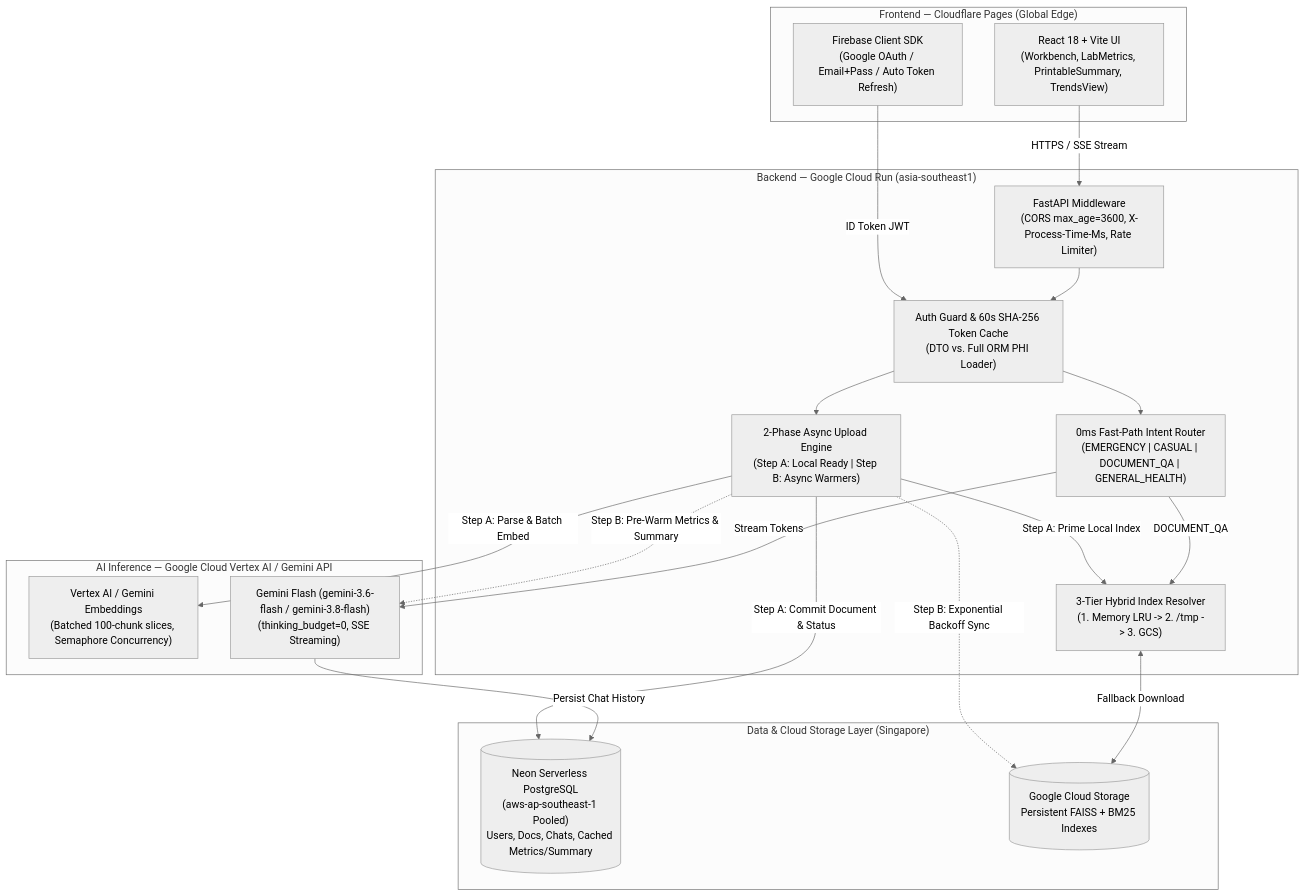
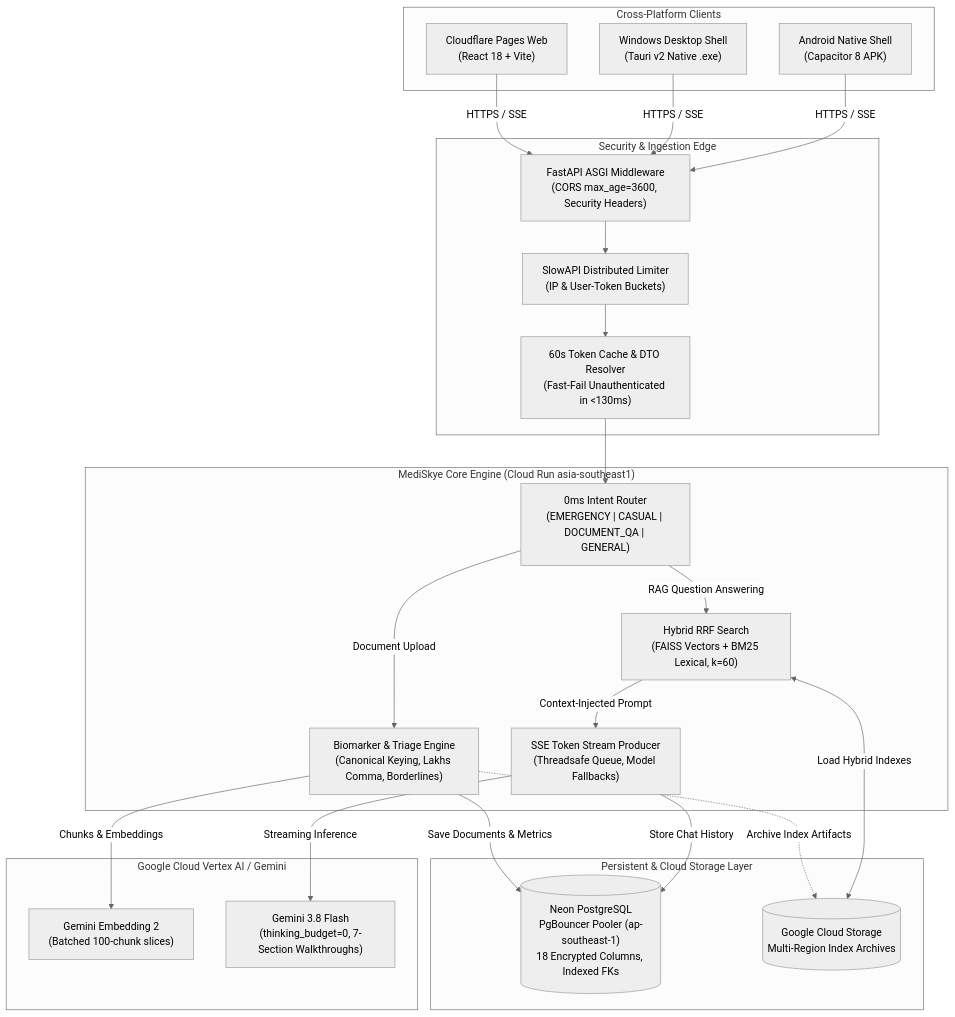
The diagram in README.md (AdityaSharma2k04/MediSkye), drawn with Mermaid (neutral theme) before and after one commit. The commit also changed other lines of this file and 8 other files, not shown here.

````diff
--- a/README.md
+++ b/README.md
@@ -50,40 +86,44 @@
 ```mermaid
 flowchart TB
-    subgraph Client["Frontend — Cloudflare Pages (Global Edge)"]
-        UI["React 18 + Vite UI<br/>(Workbench, LabMetrics, PrintableSummary, TrendsView)"]
-        FB_SDK["Firebase Client SDK<br/>(Google OAuth / Email+Pass / Auto Token Refresh)"]
+    subgraph Clients["Cross-Platform Clients"]
+        WEB["Cloudflare Pages Web<br/>(React 18 + Vite)"]
+        TAURI["Windows Desktop Shell<br/>(Tauri v2 Native .exe)"]
+        ANDROID["Android Native Shell<br/>(Capacitor 8 APK)"]
     end
 
-    subgraph GCP["Backend — Google Cloud Run (asia-southeast1)"]
-        MW["FastAPI Middleware<br/>(CORS max_age=3600, X-Process-Time-Ms, Rate Limiter)"]
-        AUTH["Auth Guard & 60s SHA-256 Token Cache<br/>(DTO vs. Full ORM PHI Loader)"]
-        ROUTER["0ms Fast-Path Intent Router<br/>(EMERGENCY | CASUAL | DOCUMENT_QA | GENERAL_HEALTH)"]
-        UPLOAD["2-Phase Async Upload Engine<br/>(Step A: Local Ready | Step B: Async Warmers)"]
-        LRU["3-Tier Hybrid Index Resolver<br/>(1. Memory LRU -> 2. /tmp -> 3. GCS)"]
+    subgraph Edge["Security & Ingestion Edge"]
+        CORS["FastAPI ASGI Middleware<br/>(CORS max_age=3600, Security Headers)"]
+        RATE["SlowAPI Distributed Limiter<br/>(IP & User-Token Buckets)"]
+        AUTH_GATE["60s Token Cache & DTO Resolver<br/>(Fast-Fail Unauthenticated in <130ms)"]
     end
 
-    subgraph Data["Data & Cloud Storage Layer (Singapore)"]
-        NEON[("Neon Serverless PostgreSQL<br/>(aws-ap-southeast-1 Pooled)<br/>Users, Docs, Chats, Cached Metrics/Summary")]
-        GCS[("Google Cloud Storage<br/>Persistent FAISS + BM25 Indexes")]
+    subgraph Core["MediSkye Core Engine (Cloud Run asia-southeast1)"]
+        ROUTER["0ms Intent Router<br/>(EMERGENCY | CASUAL | DOCUMENT_QA | GENERAL)"]
+        EXTRACT["Biomarker & Triage Engine<br/>(Canonical Keying, Lakhs Comma, Borderlines)"]
+        RAG["Hybrid RRF Search<br/>(FAISS Vectors + BM25 Lexical, k=60)"]
+        STREAM["SSE Token Stream Producer<br/>(Threadsafe Queue, Model Fallbacks)"]
     end
 
-    subgraph AI["AI Inference — Google Cloud Vertex AI / Gemini API"]
-        EMBED["Vertex AI / Gemini Embeddings<br/>(Batched 100-chunk slices, Semaphore Concurrency)"]
-        GEMINI["Gemini Flash (gemini-3.6-flash / gemini-3.8-flash)<br/>(thinking_budget=0, SSE Streaming)"]
+    subgraph Storage["Persistent & Cloud Storage Layer"]
+        NEON[("Neon PostgreSQL<br/>PgBouncer Pooler (ap-southeast-1)<br/>18 Encrypted Columns, Indexed FKs")]
+        GCS[("Google Cloud Storage<br/>Multi-Region Index Archives")]
     end
 
-    UI -->|HTTPS / SSE Stream| MW
-    FB_SDK -->|ID Token JWT| AUTH
-    MW --> AUTH
-    AUTH --> ROUTER
-    AUTH --> UPLOAD
-    UPLOAD -->|Step A: Parse & Batch Embed| EMBED
-    UPLOAD -->|Step A: Prime Local Index| LRU
-    UPLOAD -->|Step A: Commit Document & Status| NEON
-    UPLOAD -.->|Step B: Exponential Backoff Sync| GCS
-    UPLOAD -.->|Step B: Pre-Warm Metrics & Summary| GEMINI
-    ROUTER -->|DOCUMENT_QA| LRU
-    LRU <-->|Fallback Download| GCS
-    ROUTER -->|Stream Tokens| GEMINI
-    GEMINI -->|Persist Chat History| NEON
+    subgraph Intelligence["Google Cloud Vertex AI / Gemini"]
+        EMBED_API["Gemini Embedding 2<br/>(Batched 100-chunk slices)"]
+        GEMINI_LLM["Gemini 3.8 Flash<br/>(thinking_budget=0, 7-Section Walkthroughs)"]
+    end
+
+    WEB & TAURI & ANDROID -->|HTTPS / SSE| CORS
+    CORS --> RATE --> AUTH_GATE
+    AUTH_GATE --> ROUTER
+    ROUTER -->|Document Upload| EXTRACT
+    EXTRACT -->|Chunks & Embeddings| EMBED_API
+    EXTRACT -->|Save Documents & Metrics| NEON
+    EXTRACT -.->|Archive Index Artifacts| GCS
+    ROUTER -->|RAG Question Answering| RAG
+    RAG <-->|Load Hybrid Indexes| GCS
+    RAG -->|Context-Injected Prompt| STREAM
+    STREAM -->|Streaming Inference| GEMINI_LLM
+    STREAM -->|Store Chat History| NEON
 ```
````
